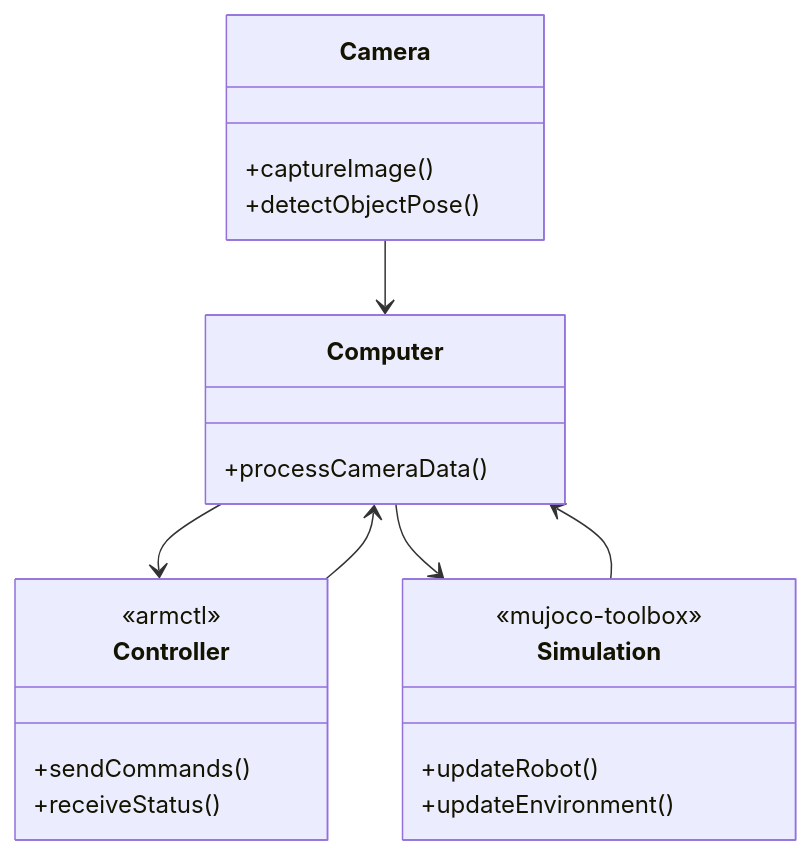
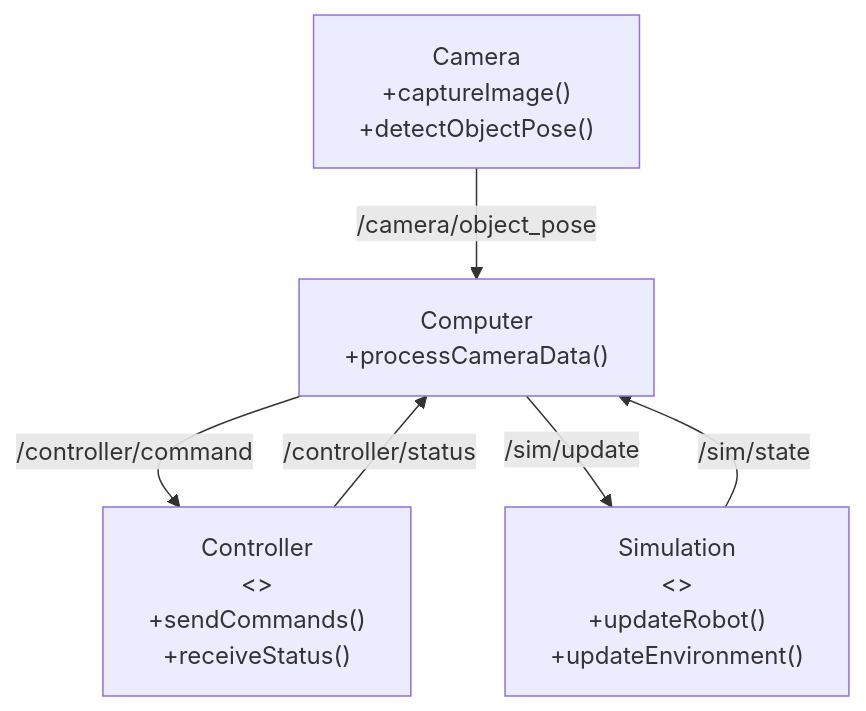
One commit to MGross21/Agnostic-Digital-Twin-Robotic-Controller changed the diagram in README.md. Above: the diagram before and after it, drawn with Mermaid.

Commit message:
fix: update class diagram in README.md to use mermaid syntax and improve readability

````diff
--- a/README.md
+++ b/README.md
@@ -24,36 +24,26 @@
 ```mermaid
-classDiagram
-    %% UDP Topics:
-    %% Camera --> Computer: /camera/object_pose
-    %% Computer --> Controller: /controller/command (pub)
-    %% Controller --> Computer: /controller/status (pub)
-    %% Computer --> Simulation: /sim/update (pub)
-    %% Simulation --> Computer: /sim/state (pub)
+graph TD
+    Camera["Camera
++captureImage()
++detectObjectPose()"]
 
-    Camera --> Computer
-    Computer --> Controller
-    Controller --> Computer
-    Computer --> Simulation
-    Simulation --> Computer
+    Computer["Computer
++processCameraData()"]
 
-    class Camera {
-        +captureImage()
-        +detectObjectPose()
-    }
+    Controller["Controller
+<<armctl>>
++sendCommands()
++receiveStatus()"]
 
-    class Computer {
-        +processCameraData()
-    }
+    Simulation["Simulation
+<<mujoco-toolbox>>
++updateRobot()
++updateEnvironment()"]
 
-    class Controller {
-        <<armctl>>
-        +sendCommands()
-        +receiveStatus()
-    }
+    Camera -->|/camera/object_pose | Computer
+    Computer -->|/controller/command | Controller
+    Controller -->|/controller/status | Computer
+    Computer -->|/sim/update | Simulation
+    Simulation -->|/sim/state | Computer
 
-    class Simulation {
-        <<mujoco-toolbox>>
-        +updateRobot()
-        +updateEnvironment()
-    }
 ```
````
